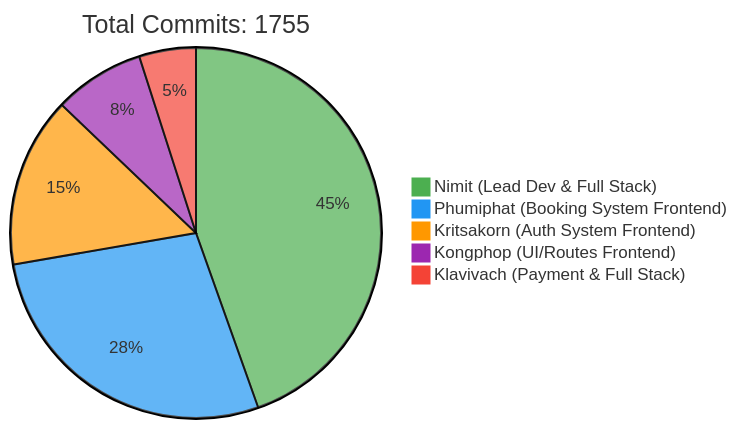
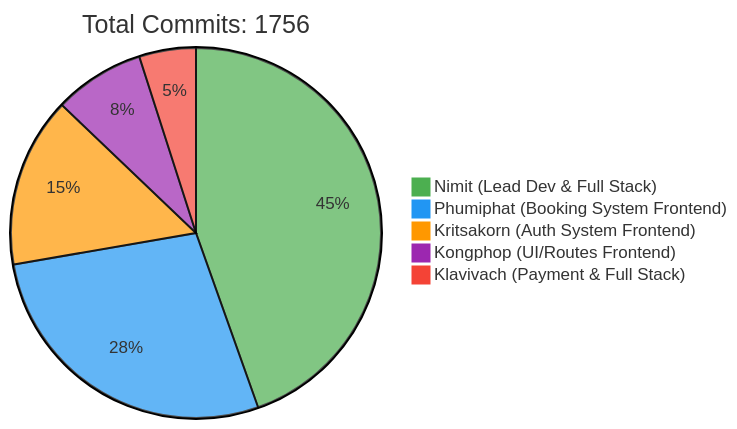
Before and after one commit to 6531503042/Sport-Complex: the first of 2 diagrams in README.md, drawn with Mermaid. The commit also changed other lines of this file, not shown here.

Commit message:
docs: Update contributor statistics [skip ci]

````diff
--- a/README.md
+++ b/README.md
@@ -257,10 +257,10 @@
 ```mermaid
 %%{init: {'theme': 'base', 'themeVariables': { 'pie1': '#4CAF50', 'pie2': '#2196F3', 'pie3': '#FF9800', 'pie4': '#9C27B0', 'pie5': '#F44336'}}}%%
 pie
-    title Total Commits: 1755
+    title Total Commits: 1756
     "Nimit (Lead Dev & Full Stack)" : 450
     "Phumiphat (Booking System Frontend)" : 280
     "Kritsakorn (Auth System Frontend)" : 150
     "Kongphop (UI/Routes Frontend)" : 80
     "Klavivach (Payment & Full Stack)" : 50
 ```
````
